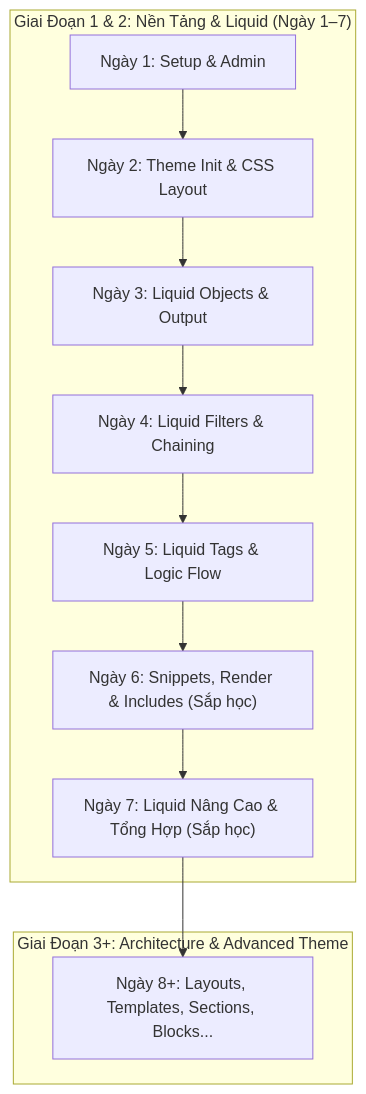
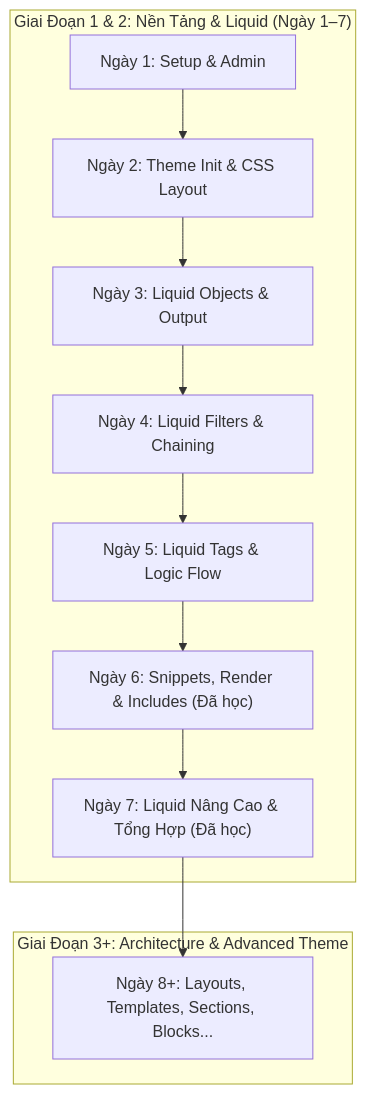
Before and after one commit to phamduc-is/shopify-liquid: the diagram in docs/shopify-liquid-summary.md, drawn with Mermaid. The commit also changed other lines of this file and 7 other files, not shown here.

````diff
--- a/docs/shopify-liquid-summary.md
+++ b/docs/shopify-liquid-summary.md
@@ -33,15 +34,15 @@
 ```mermaid
 graph TD
     subgraph Giai_Doan_1_Va_2 ["Giai Đoạn 1 & 2: Nền Tảng & Liquid (Ngày 1–7)"]
         D1["Ngày 1: Setup & Admin"] --> D2["Ngày 2: Theme Init & CSS Layout"]
         D2 --> D3["Ngày 3: Liquid Objects & Output"]
         D3 --> D4["Ngày 4: Liquid Filters & Chaining"]
         D4 --> D5["Ngày 5: Liquid Tags & Logic Flow"]
-        D5 --> D6["Ngày 6: Snippets, Render & Includes (Sắp học)"]
-        D6 --> D7["Ngày 7: Liquid Nâng Cao & Tổng Hợp (Sắp học)"]
+        D5 --> D6["Ngày 6: Snippets, Render & Includes (Đã học)"]
+        D6 --> D7["Ngày 7: Liquid Nâng Cao & Tổng Hợp (Đã học)"]
     end
     
     subgraph Giai_Doan_Tiep_Theo ["Giai Đoạn 3+: Architecture & Advanced Theme"]
         D7 --> D8_Plus["Ngày 8+: Layouts, Templates, Sections, Blocks..."]
     end
 ```
````
